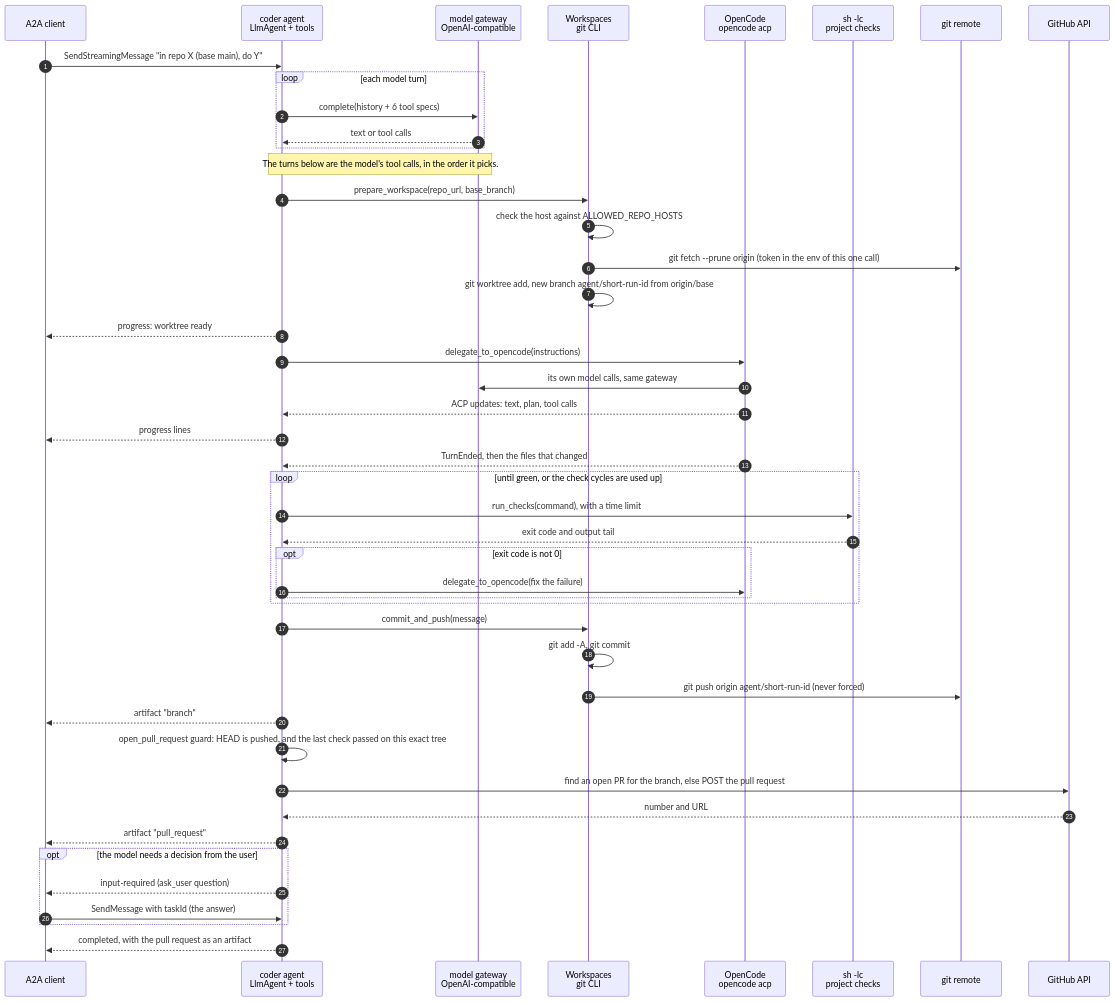
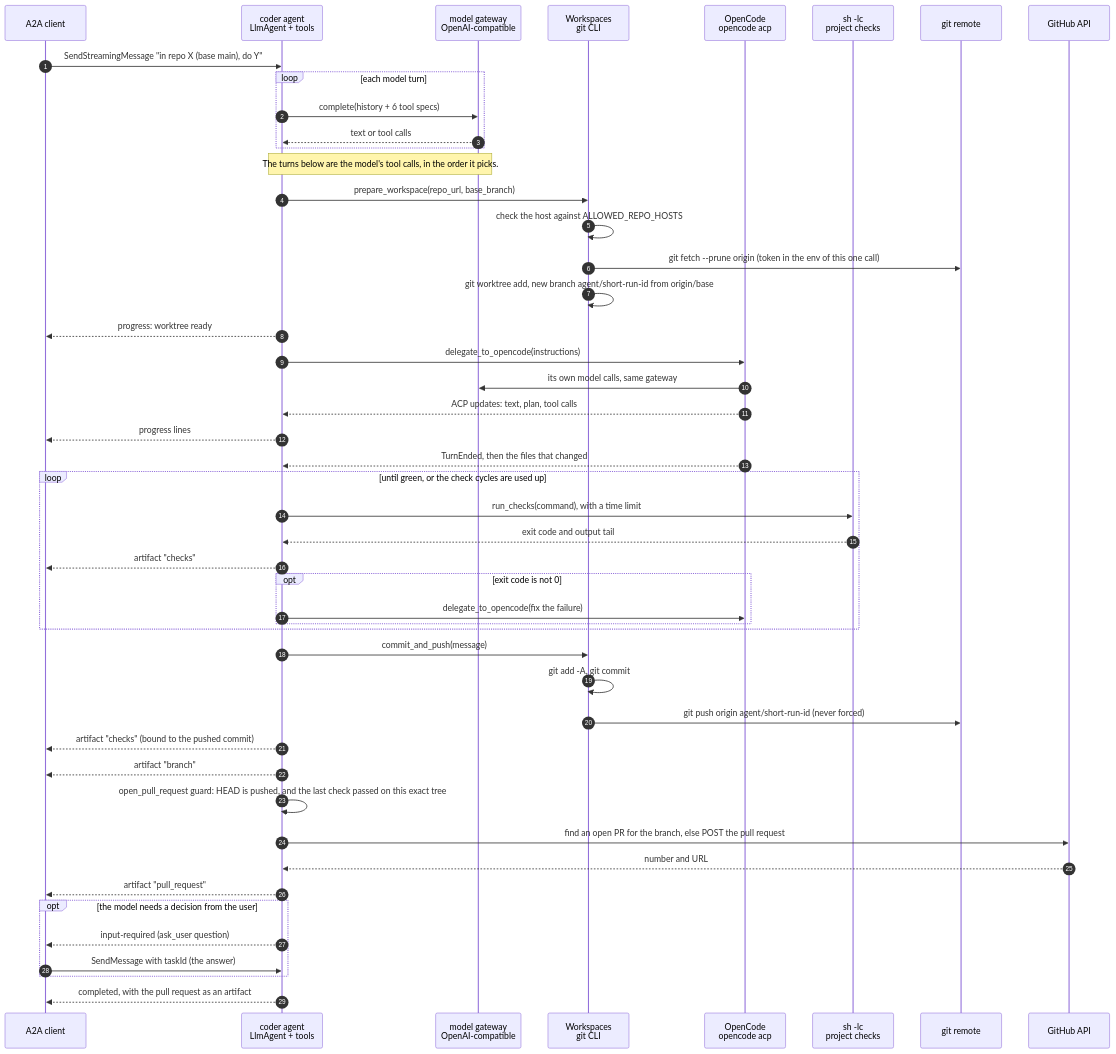
One commit to vymalo/another-adam-rs changed diagram 18 of 23 in docs/architecture.md. Above: the diagram before and after it, drawn with Mermaid. The commit also changed other lines of this file and 10 other files, not shown here.

````diff
--- a/docs/architecture.md
+++ b/docs/architecture.md
@@ -1447,55 +1447,57 @@
 ```mermaid
 sequenceDiagram
     autonumber
     participant C as A2A client
     participant A as coder agent<br/>LlmAgent + tools
     participant M as model gateway<br/>OpenAI-compatible
     participant G as Workspaces<br/>git CLI
     participant O as OpenCode<br/>opencode acp
     participant Sh as sh -lc<br/>project checks
     participant R as git remote
     participant H as GitHub API
 
     C->>A: SendStreamingMessage "in repo X (base main), do Y"
     loop each model turn
         A->>M: complete(history + 6 tool specs)
         M-->>A: text or tool calls
     end
     Note over A,M: The turns below are the model's tool calls, in the order it picks.
 
     A->>G: prepare_workspace(repo_url, base_branch)
     G->>G: check the host against ALLOWED_REPO_HOSTS
     G->>R: git fetch --prune origin (token in the env of this one call)
     G->>G: git worktree add, new branch agent/short-run-id from origin/base
     A-->>C: progress: worktree ready
 
     A->>O: delegate_to_opencode(instructions)
     O->>M: its own model calls, same gateway
     O-->>A: ACP updates: text, plan, tool calls
     A-->>C: progress lines
     O-->>A: TurnEnded, then the files that changed
 
     loop until green, or the check cycles are used up
         A->>Sh: run_checks(command), with a time limit
         Sh-->>A: exit code and output tail
+        A-->>C: artifact "checks"
         opt exit code is not 0
             A->>O: delegate_to_opencode(fix the failure)
         end
     end
 
     A->>G: commit_and_push(message)
     G->>G: git add -A, git commit
     G->>R: git push origin agent/short-run-id (never forced)
+    A-->>C: artifact "checks" (bound to the pushed commit)
     A-->>C: artifact "branch"
 
     A->>A: open_pull_request guard: HEAD is pushed, and the last check passed on this exact tree
     A->>H: find an open PR for the branch, else POST the pull request
     H-->>A: number and URL
     A-->>C: artifact "pull_request"
 
     opt the model needs a decision from the user
         A-->>C: input-required (ask_user question)
         C->>A: SendMessage with taskId (the answer)
     end
     A-->>C: completed, with the pull request as an artifact
 ```
````
